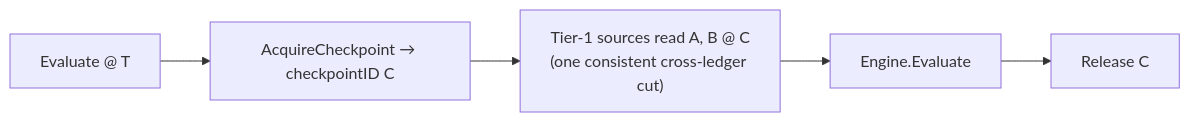
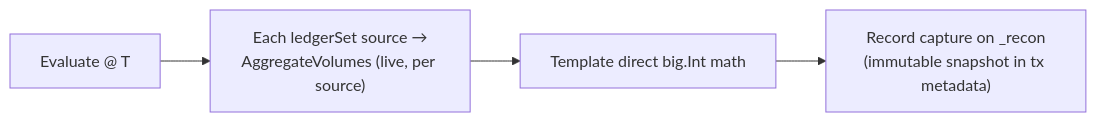
The seventh of 7 diagrams in docs/technical/workflows.md (formancehq/reconciliation), drawn with Mermaid before and after one commit. The commit also changed other lines of this file and 3 other files, not shown here.

````diff
--- a/docs/technical/workflows.md
+++ b/docs/technical/workflows.md
@@ -212,7 +216,6 @@
 ```mermaid
 flowchart LR
-    Tick[Evaluate @ T] --> Acq[AcquireCheckpoint → checkpointID C]
-    Acq --> Read["Tier-1 sources read A, B @ C<br/>(one consistent cross-ledger cut)"]
-    Read --> Eval[Engine.Evaluate]
-    Eval --> Rel[Release C]
+    Tick[Evaluate @ T] --> Read["Each ledgerSet source →<br/>AggregateVolumes (live, per source)"]
+    Read --> Math[Template direct big.Int math]
+    Math --> Cap["Record capture on _recon<br/>(immutable snapshot in tx metadata)"]
 ```
````
